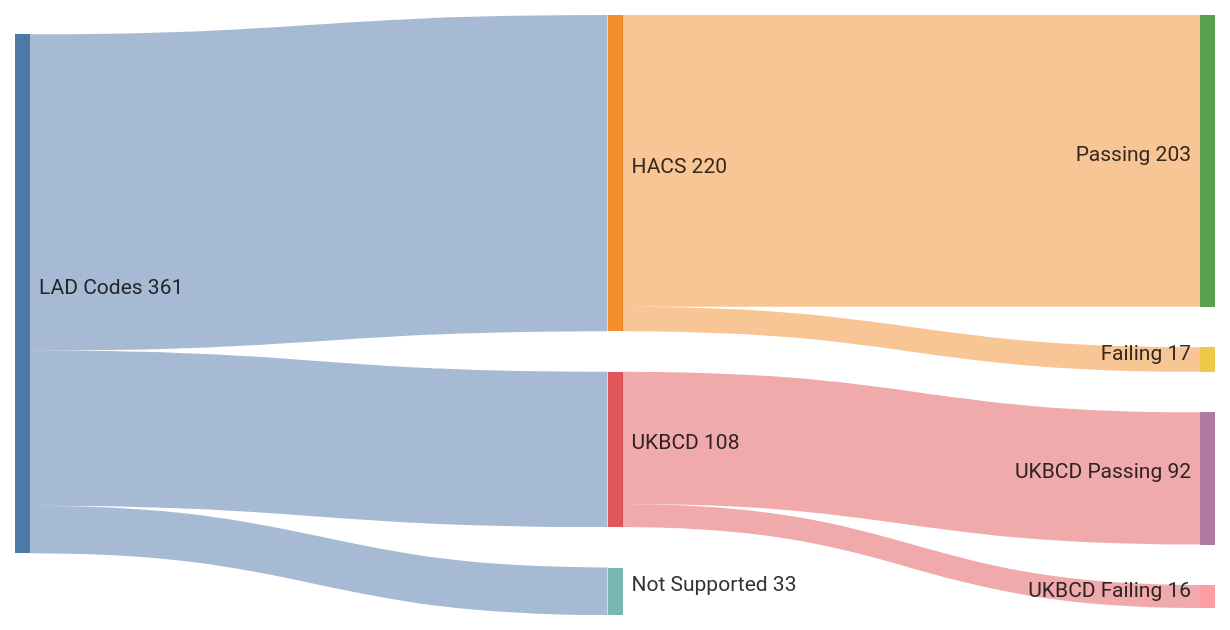
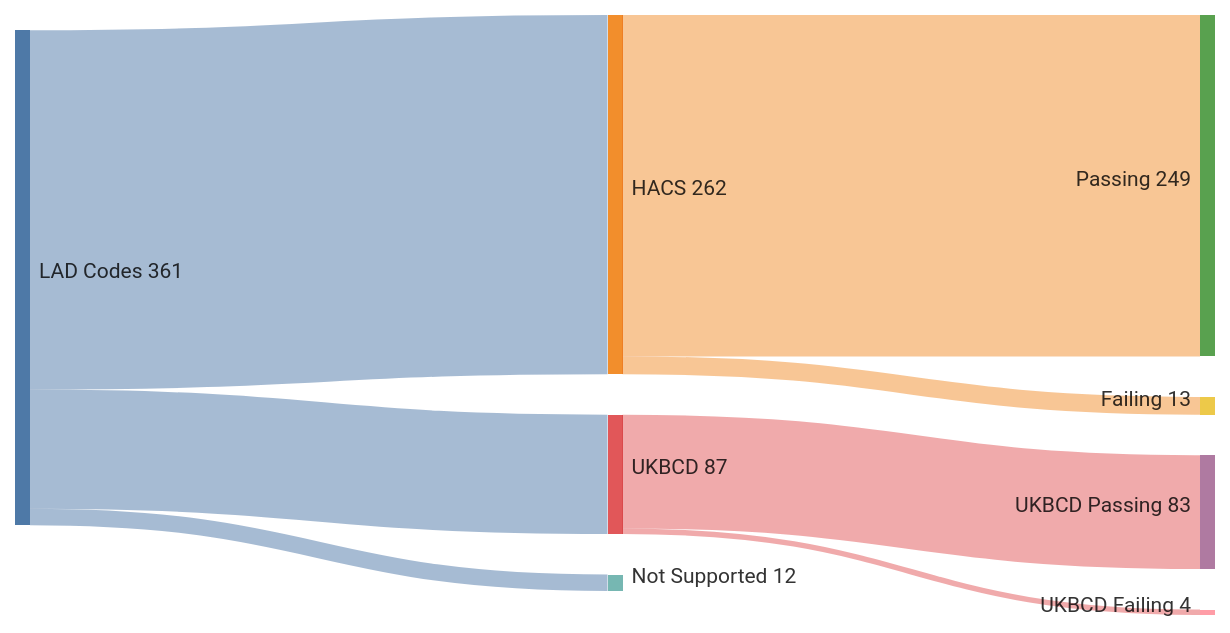
One commit to cmbsteinberg/bins changed the diagram in README.md. Above: the diagram before and after it, drawn with Mermaid. The commit also changed 5 other files, not shown here.

````diff
--- a/README.md
+++ b/README.md
@@ -11,21 +11,21 @@
 ```mermaid
 ---
 config:
   sankey:
     width: 800
     height: 400
     linkColor: source
     nodeAlignment: left
 ---
 sankey-beta
 
-"LAD Codes","HACS",220
-"LAD Codes","UKBCD",108
-"LAD Codes","Not Supported",33
+"LAD Codes","HACS",262
+"LAD Codes","UKBCD",87
+"LAD Codes","Not Supported",12
 
-"HACS","Passing",203
-"HACS","Failing",17
+"HACS","Passing",249
+"HACS","Failing",13
 
-"UKBCD","UKBCD Passing",92
-"UKBCD","UKBCD Failing",16
+"UKBCD","UKBCD Passing",83
+"UKBCD","UKBCD Failing",4
 ```
````
